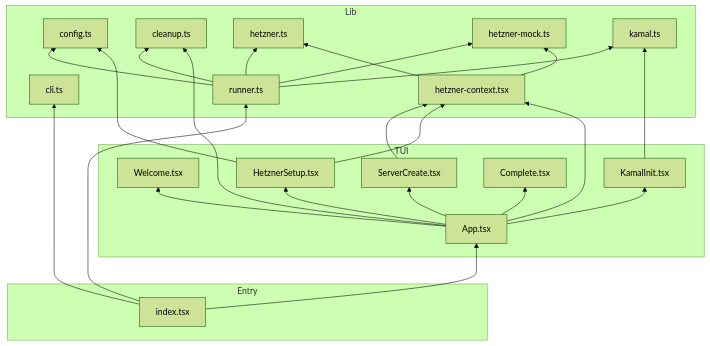
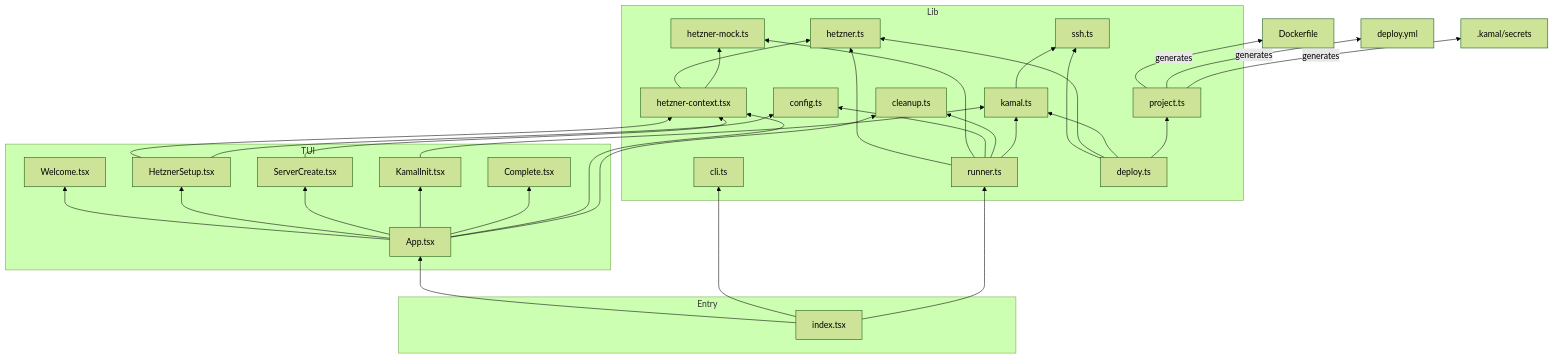
Before and after one commit to msmedes/ship-it: the ninth of 9 diagrams in ARCHITECTURE.md, drawn with Mermaid (forest theme). The commit also changed other lines of this file and 15 other files, not shown here.

First line of the commit message:
refactor deployment flow with registry support

````diff
--- a/ARCHITECTURE.md
+++ b/ARCHITECTURE.md
@@ -170,52 +263,65 @@
 ```mermaid
 flowchart BT
     subgraph Entry
         INDEX[index.tsx]
     end
 
     subgraph TUI
         APP[App.tsx]
         WELCOME[Welcome.tsx]
         HSETUP[HetznerSetup.tsx]
         SCREATE[ServerCreate.tsx]
         KINIT[KamalInit.tsx]
         COMPLETE[Complete.tsx]
     end
 
     subgraph Lib
         CLI[cli.ts]
         RUNNER[runner.ts]
         CONFIG[config.ts]
         CLEANUP[cleanup.ts]
         HETZNER[hetzner.ts]
         HETZNER_MOCK[hetzner-mock.ts]
         HETZNER_CTX[hetzner-context.tsx]
+        SSH[ssh.ts]
+        PROJECT[project.ts]
         KAMAL[kamal.ts]
+        DEPLOY[deploy.ts]
     end
 
     INDEX --> APP
     INDEX --> CLI
     INDEX --> RUNNER
 
     APP --> WELCOME
     APP --> HSETUP
     APP --> SCREATE
     APP --> KINIT
     APP --> COMPLETE
     APP --> HETZNER_CTX
     APP --> CLEANUP
 
     HSETUP --> HETZNER_CTX
     HSETUP --> CONFIG
     SCREATE --> HETZNER_CTX
     KINIT --> KAMAL
 
     HETZNER_CTX --> HETZNER
     HETZNER_CTX --> HETZNER_MOCK
 
     RUNNER --> HETZNER
     RUNNER --> HETZNER_MOCK
     RUNNER --> CONFIG
     RUNNER --> CLEANUP
     RUNNER --> KAMAL
+
+    DEPLOY --> SSH
+    DEPLOY --> HETZNER
+    DEPLOY --> KAMAL
+    DEPLOY --> PROJECT
+
+    KAMAL --> SSH
+    PROJECT --> |generates| DOCKERFILE[Dockerfile]
+    PROJECT --> |generates| DEPLOY_YML[deploy.yml]
+    PROJECT --> |generates| SECRETS[.kamal/secrets]
 ```
````
